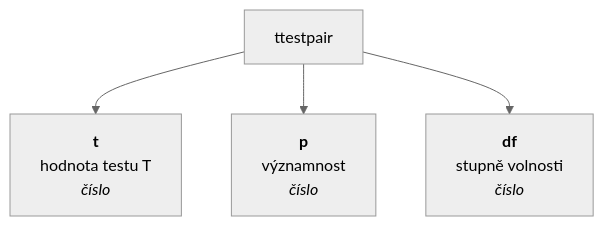
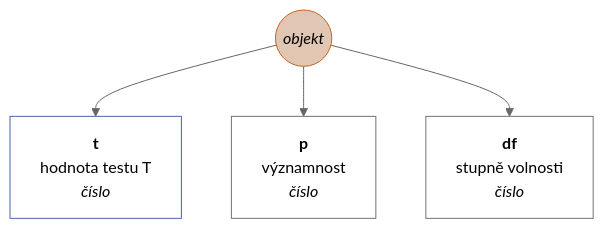
Before and after one commit to muzikp/retusa: the ninth of 13 diagrams in docs/cs-CZ/matrix.md, drawn with Mermaid (neutral theme). The commit also changed other lines of this file and 17 other files, not shown here.

````diff
--- a/docs/cs-CZ/matrix.md
+++ b/docs/cs-CZ/matrix.md
@@ -419,7 +490,16 @@
 ```mermaid
 graph TD
+ttestpair((<i>objekt</i>))
+style ttestpair fill:#E1C6B3;
+style ttestpair stroke:#C36422;
 ttestpair --> t[<b>t</b><br>hodnota testu T <br><i>číslo</i>]
+style t fill:#FFFFFF;
+style t stroke:#4967A4;
 ttestpair --> p[<b>p</b><br>významnost <br><i>číslo</i>]
+style p fill:#FFFFFF;
+style p stroke:#75716F;
 ttestpair --> df[<b>df</b><br>stupně volnosti <br><i>číslo</i>]
+style df fill:#FFFFFF;
+style df stroke:#75716F;
 
 ```
````
